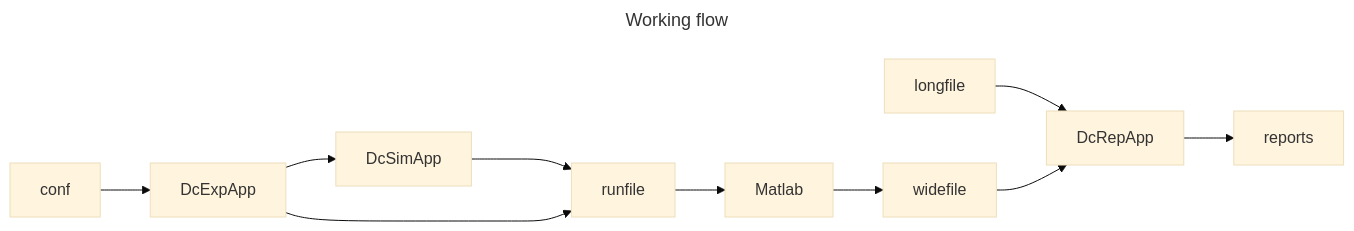
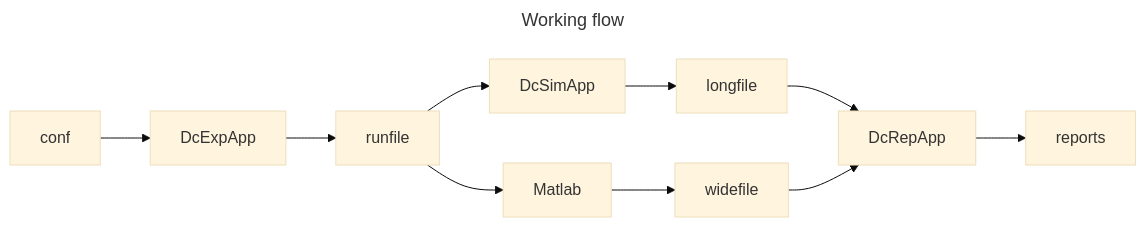
Before and after one commit to mariolagos/dc-simulator: the second of 2 diagrams in doc/A_user/USER_GUIDE.md, drawn with Mermaid (base theme). The commit also changed other lines of this file and 41 other files, not shown here.

````diff
--- a/doc/A_user/USER_GUIDE.md
+++ b/doc/A_user/USER_GUIDE.md
@@ -428,25 +433,25 @@
 ```mermaid 
 ---
 title: Working flow
 ---
 flowchart LR
   DcSimApp
   DcExpApp
   Matlab
   DcRepApp
   conf
   longfile
   widefile
   DcRepApp
   reports
   runfile
   conf --> DcExpApp
-  DcExpApp --> DcSimApp
-  DcSimApp ---> runfile
+  DcSimApp --> longfile
   longfile --> DcRepApp
   DcRepApp --> reports
   DcExpApp --> runfile
+  runfile --> DcSimApp
   runfile --> Matlab
   Matlab --> widefile
   widefile --> DcRepApp
 ```
````
